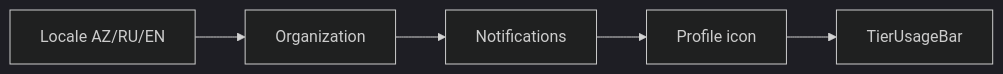
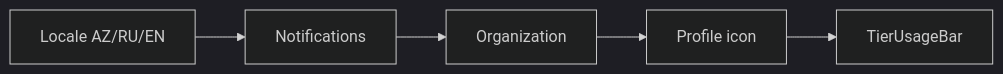
One commit to china630/era-ecosystem changed the diagram in docs/UI_PLAYBOOK_SATELLITES.md. Above: the diagram before and after it, drawn with Mermaid (dark theme). The commit also changed other lines of this file and 367 other files, not shown here.

````diff
--- a/docs/UI_PLAYBOOK_SATELLITES.md
+++ b/docs/UI_PLAYBOOK_SATELLITES.md
@@ -28,7 +30,7 @@
 ```mermaid
 flowchart LR
-  L[Locale AZ/RU/EN] --> O[Organization]
-  O --> N[Notifications]
-  N --> P[Profile icon]
+  L[Locale AZ/RU/EN] --> N[Notifications]
+  N --> O[Organization]
+  O --> P[Profile icon]
   P --> T[TierUsageBar]
 ```
````
